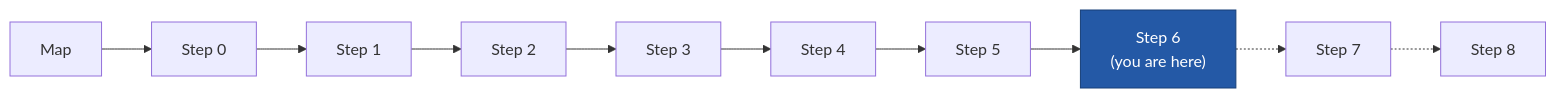
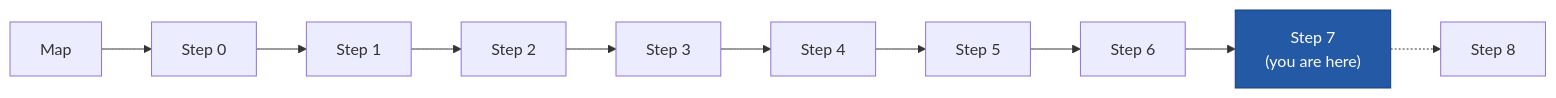
One commit to capchitts/crossexam-project changed the first of 2 diagrams in README.md. Above: the diagram before and after it, drawn with Mermaid. The commit also changed other lines of this file and 24 other files, not shown here.

````diff
--- a/README.md
+++ b/README.md
@@ -22,12 +19,13 @@
 ```mermaid
 graph LR
     MAP[Map] --> S0[Step 0]
     S0 --> S1[Step 1]
     S1 --> S2[Step 2]
     S2 --> S3[Step 3]
     S3 --> S4[Step 4]
     S4 --> S5[Step 5]
-    S5 --> S6["Step 6<br/>(you are here)"]
-    S6 -.-> S7[Step 7] -.-> S8[Step 8]
-    style S6 fill:#2459A6,stroke:#173F78,color:#fff
+    S5 --> S6[Step 6]
+    S6 --> S7["Step 7<br/>(you are here)"]
+    S7 -.-> S8[Step 8]
+    style S7 fill:#2459A6,stroke:#173F78,color:#fff
 ```
````
